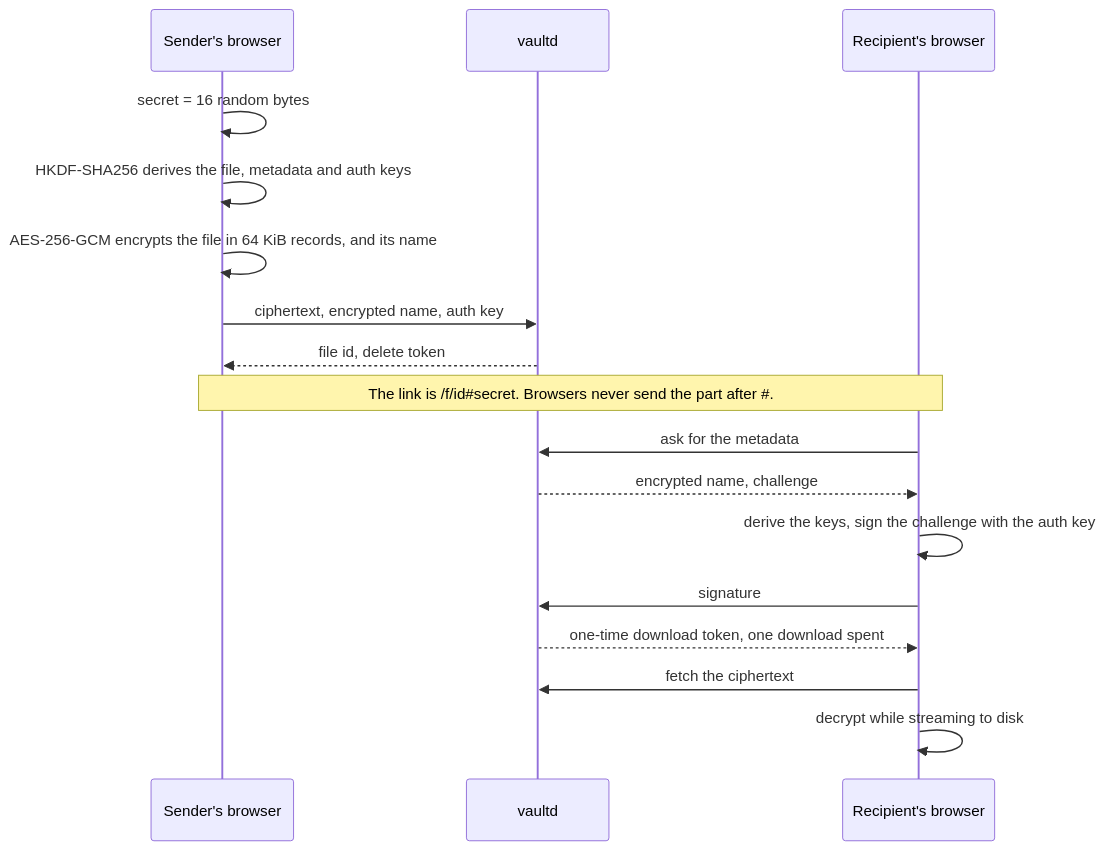
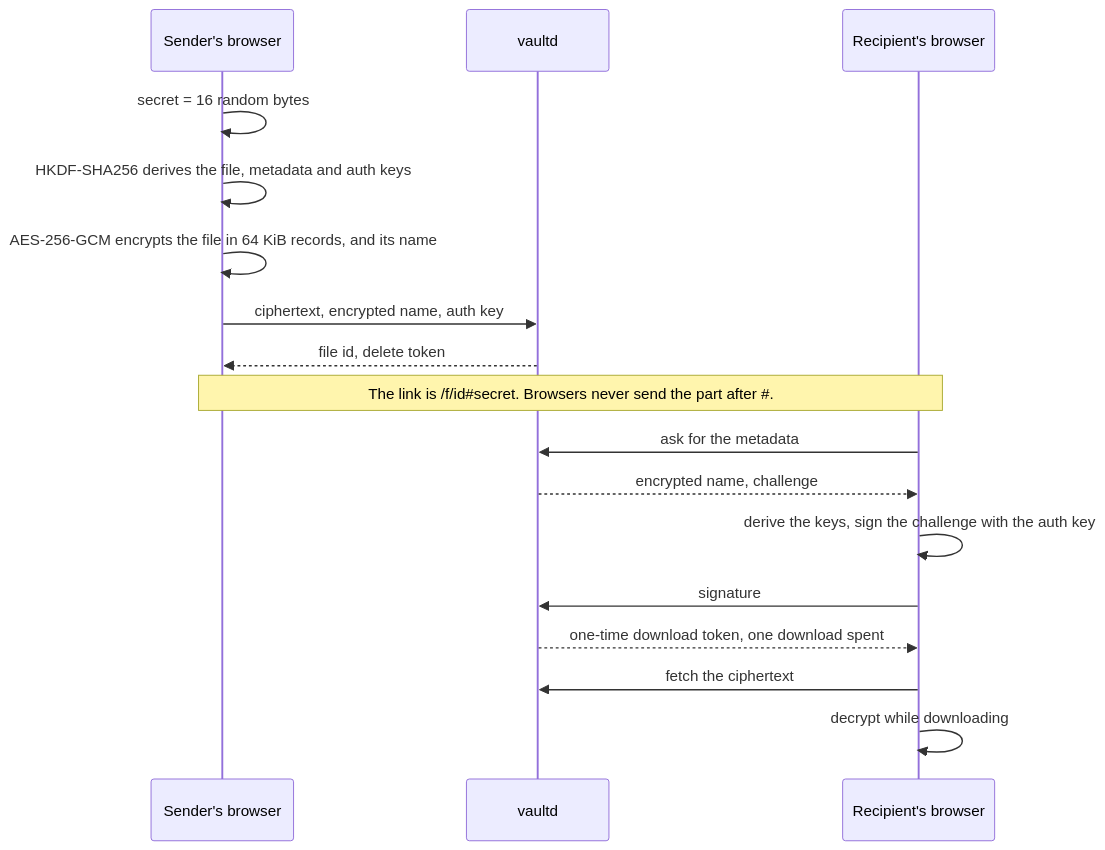
One commit to sHyanorn/vault-share changed the diagram in README.md. Above: the diagram before and after it, drawn with Mermaid. The commit also changed other lines of this file and 4 other files, not shown here.

````diff
--- a/README.md
+++ b/README.md
@@ -11,19 +11,19 @@
 ```mermaid
 sequenceDiagram
     participant S as Sender's browser
     participant V as vaultd
     participant R as Recipient's browser
     S->>S: secret = 16 random bytes
     S->>S: HKDF-SHA256 derives the file, metadata and auth keys
     S->>S: AES-256-GCM encrypts the file in 64 KiB records, and its name
     S->>V: ciphertext, encrypted name, auth key
     V-->>S: file id, delete token
     Note over S,R: The link is /f/id#35;secret. Browsers never send the part after #35;.
     R->>V: ask for the metadata
     V-->>R: encrypted name, challenge
     R->>R: derive the keys, sign the challenge with the auth key
     R->>V: signature
     V-->>R: one-time download token, one download spent
     R->>V: fetch the ciphertext
-    R->>R: decrypt while streaming to disk
+    R->>R: decrypt while downloading
 ```
````
